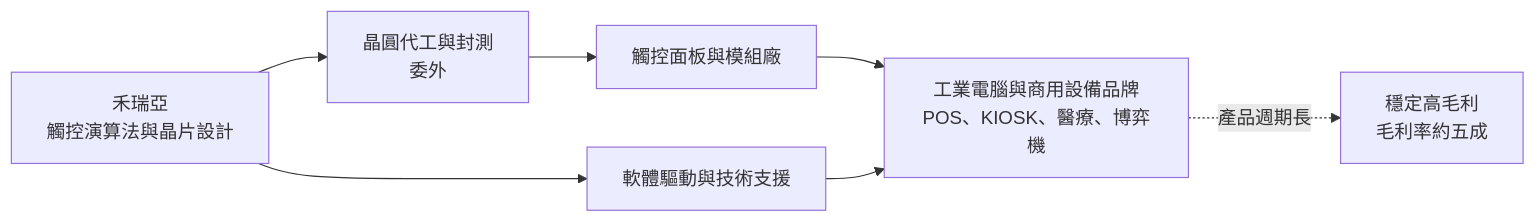
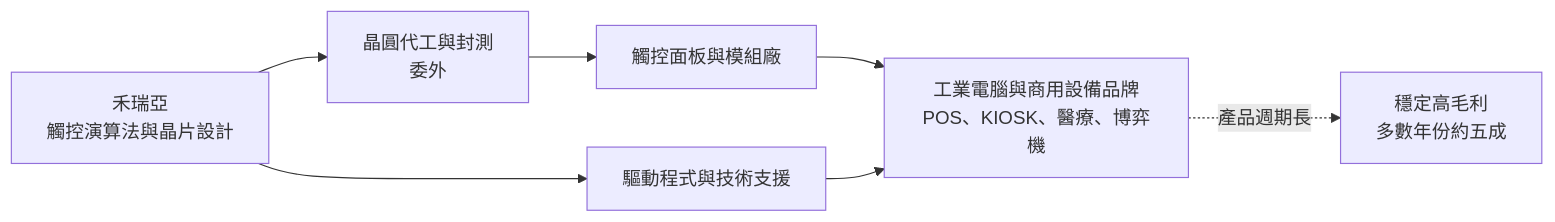
One commit to wangnick1004/taiwan-stock-vault changed the second of 4 diagrams in 個股/台股/3556禾瑞亞.md. Above: the diagram before and after it, drawn with Mermaid. The commit also changed other lines of this file and 142 other files, not shown here.

````diff
--- a/個股/台股/3556禾瑞亞.md
+++ b/個股/台股/3556禾瑞亞.md
@@ -65,9 +64,9 @@
 ```mermaid
 flowchart LR
     A[禾瑞亞<br/>觸控演算法與晶片設計] --> B[晶圓代工與封測<br/>委外]
     B --> C[觸控面板與模組廠]
     C --> D["工業電腦與商用設備品牌<br/>POS、KIOSK、醫療、博弈機"]
-    A --> E[軟體驅動與技術支援]
+    A --> E[驅動程式與技術支援]
     E --> D
-    D -. 產品週期長 .-> F[穩定高毛利<br/>毛利率約五成]
+    D -. 產品週期長 .-> F[穩定高毛利<br/>多數年份約五成]
 ```
````
